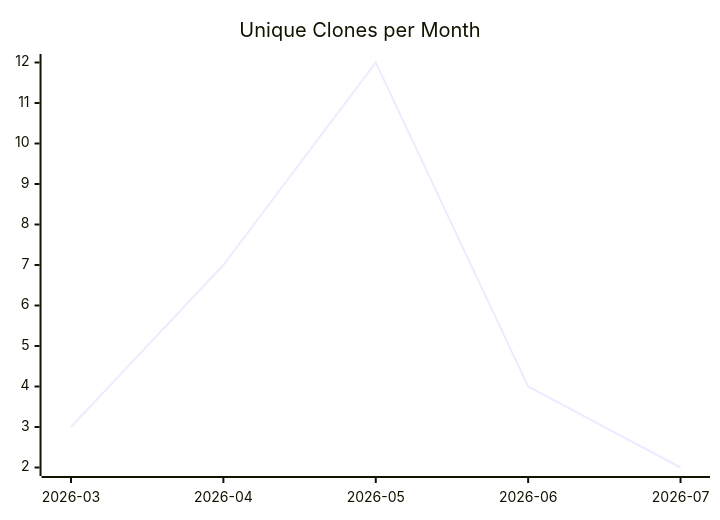
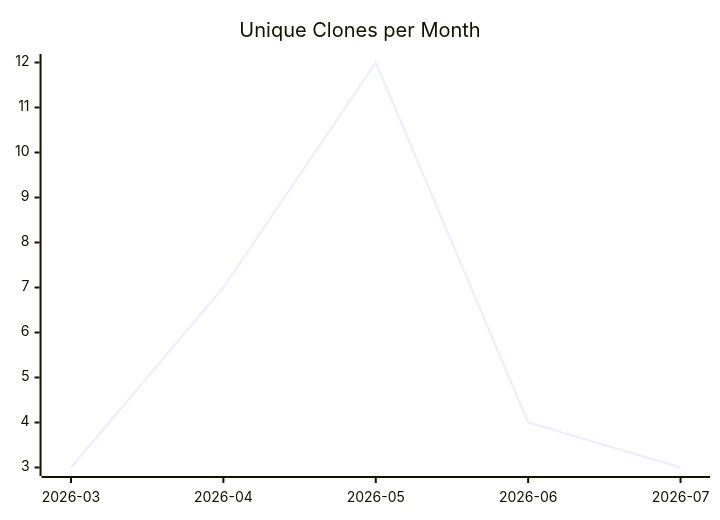
The third of 3 diagrams in karlmdavis/perfect-note/README.md (justdavis-family/github-analytics-data), drawn with Mermaid before and after one commit. The commit also changed other lines of this file and 184 other files, not shown here.

````diff
--- a/karlmdavis/perfect-note/README.md
+++ b/karlmdavis/perfect-note/README.md
@@ -19,6 +19,6 @@
 ```mermaid
 xychart-beta
   title "Unique Clones per Month"
   x-axis ["2026-03", "2026-04", "2026-05", "2026-06", "2026-07"]
-  line [3, 7, 12, 4, 2]
+  line [3, 7, 12, 4, 3]
 ```
````
